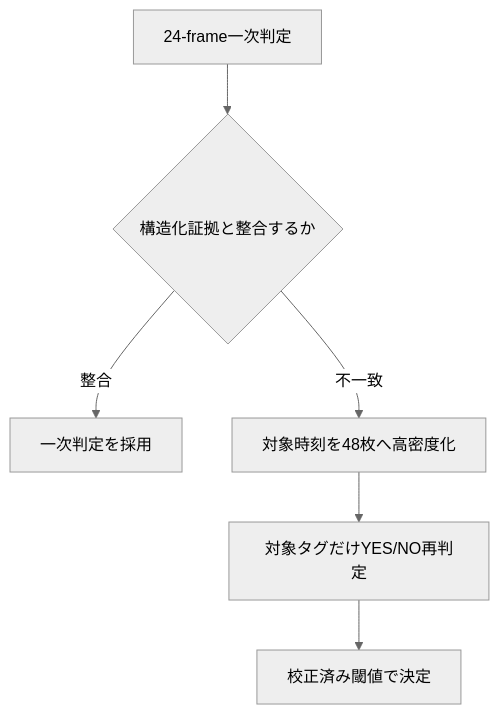
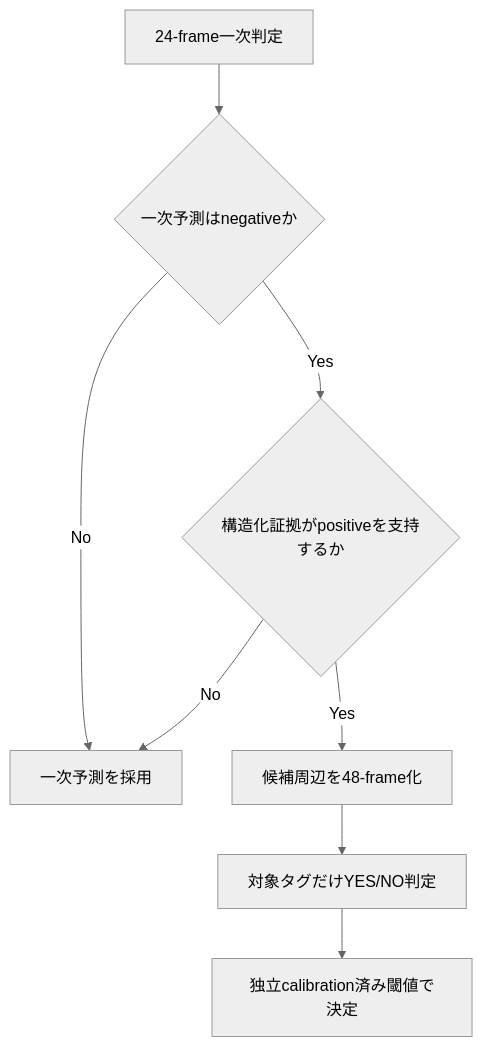
The third of 3 diagrams in articles/cosmos3-driving-video-scene-labeling.md (riita10069/zenn.dev), drawn with Mermaid (neutral theme) before and after one commit. The commit also changed other lines of this file, not shown here.

````diff
--- a/articles/cosmos3-driving-video-scene-labeling.md
+++ b/articles/cosmos3-driving-video-scene-labeling.md
@@ -1010,8 +916,10 @@
 ```mermaid
 flowchart TD
-    A[24-frame一次判定] --> B{構造化証拠と整合するか}
-    B -- 整合 --> C[一次判定を採用]
-    B -- 不一致 --> D[対象時刻を48枚へ高密度化]
-    D --> E[対象タグだけYES/NO再判定]
-    E --> F[校正済み閾値で決定]
+    A[24-frame一次判定] --> B{一次予測はnegativeか}
+    B -- No --> C[一次予測を採用]
+    B -- Yes --> D{構造化証拠がpositiveを支持するか}
+    D -- No --> C
+    D -- Yes --> E[候補周辺を48-frame化]
+    E --> F[対象タグだけYES/NO判定]
+    F --> G[独立calibration済み閾値で決定]
 ```
````
